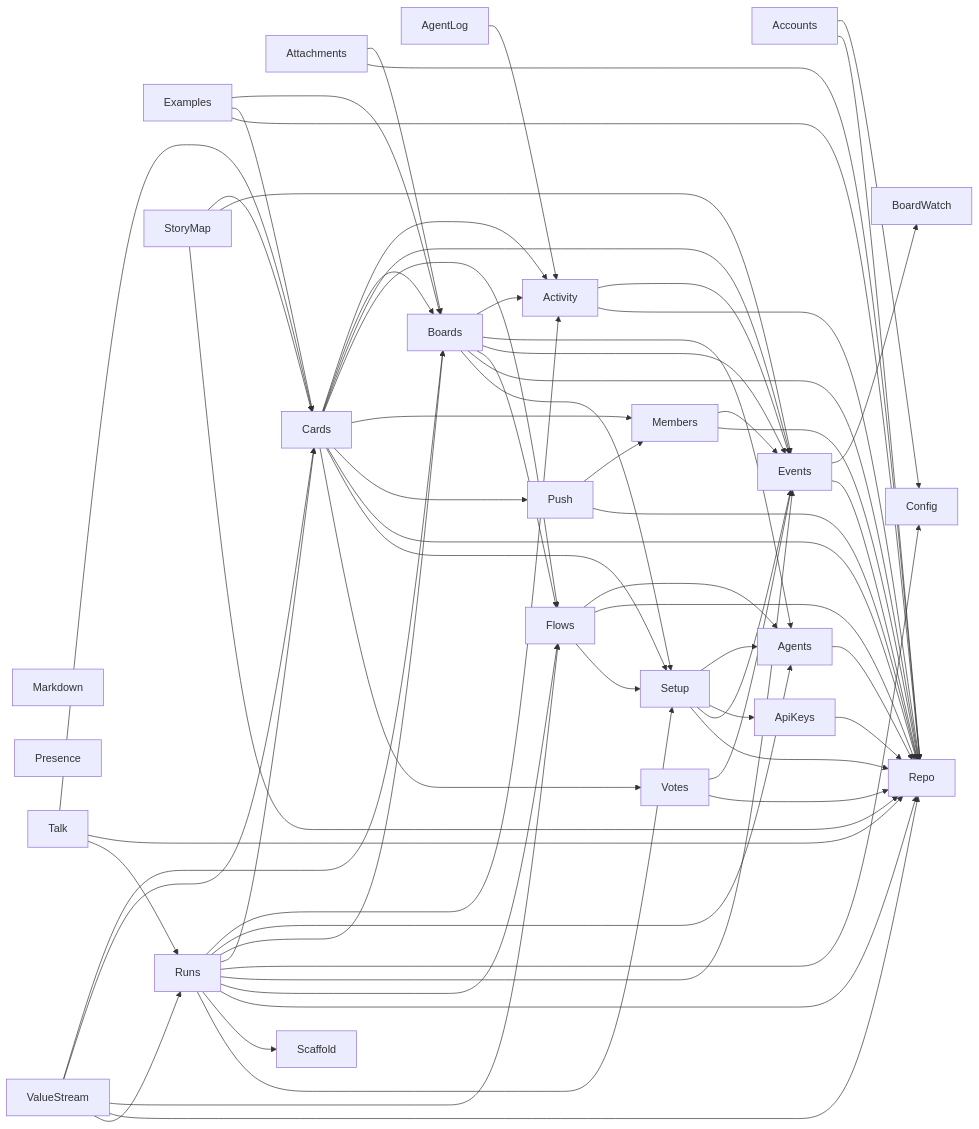
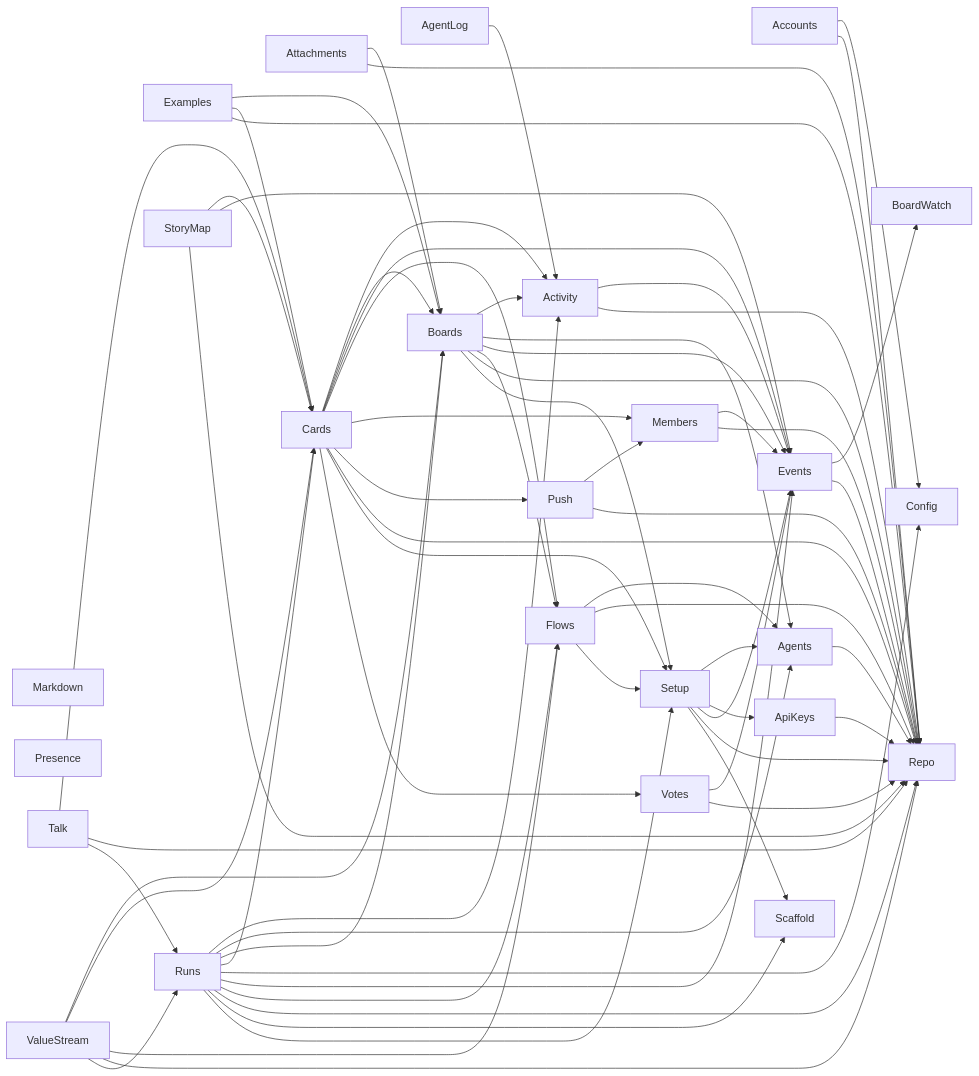
The second of 2 diagrams in docs/architecture/deps.md (jeremylightsmith/relay), drawn with Mermaid before and after one commit. The commit also changed 21 other files, not shown here.

````diff
--- a/docs/architecture/deps.md
+++ b/docs/architecture/deps.md
@@ -29,68 +29,69 @@
 ```mermaid
 flowchart LR
     Markdown
     Presence
     Accounts --> Config
     Accounts --> Repo
     Activity --> Events
     Activity --> Repo
     AgentLog --> Activity
     Agents --> Repo
     ApiKeys --> Repo
     Attachments --> Boards
     Attachments --> Repo
     Boards --> Activity
     Boards --> Agents
     Boards --> Events
     Boards --> Flows
     Boards --> Repo
     Boards --> Setup
     Cards --> Activity
     Cards --> Boards
     Cards --> Events
     Cards --> Flows
     Cards --> Members
     Cards --> Push
     Cards --> Repo
     Cards --> Setup
     Cards --> Votes
     Events --> BoardWatch
     Events --> Repo
     Examples --> Boards
     Examples --> Cards
     Examples --> Repo
     Flows --> Agents
     Flows --> Repo
     Flows --> Setup
     Members --> Events
     Members --> Repo
     Push --> Members
     Push --> Repo
     Runs --> Activity
     Runs --> Agents
     Runs --> Boards
     Runs --> Cards
     Runs --> Config
     Runs --> Events
     Runs --> Flows
     Runs --> Repo
     Runs --> Scaffold
     Runs --> Setup
     Setup --> Agents
     Setup --> ApiKeys
     Setup --> Events
     Setup --> Repo
+    Setup --> Scaffold
     StoryMap --> Cards
     StoryMap --> Events
     StoryMap --> Repo
     Talk --> Cards
     Talk --> Repo
     Talk --> Runs
     ValueStream --> Boards
     ValueStream --> Cards
     ValueStream --> Flows
     ValueStream --> Repo
     ValueStream --> Runs
     Votes --> Events
     Votes --> Repo
 ```
````
